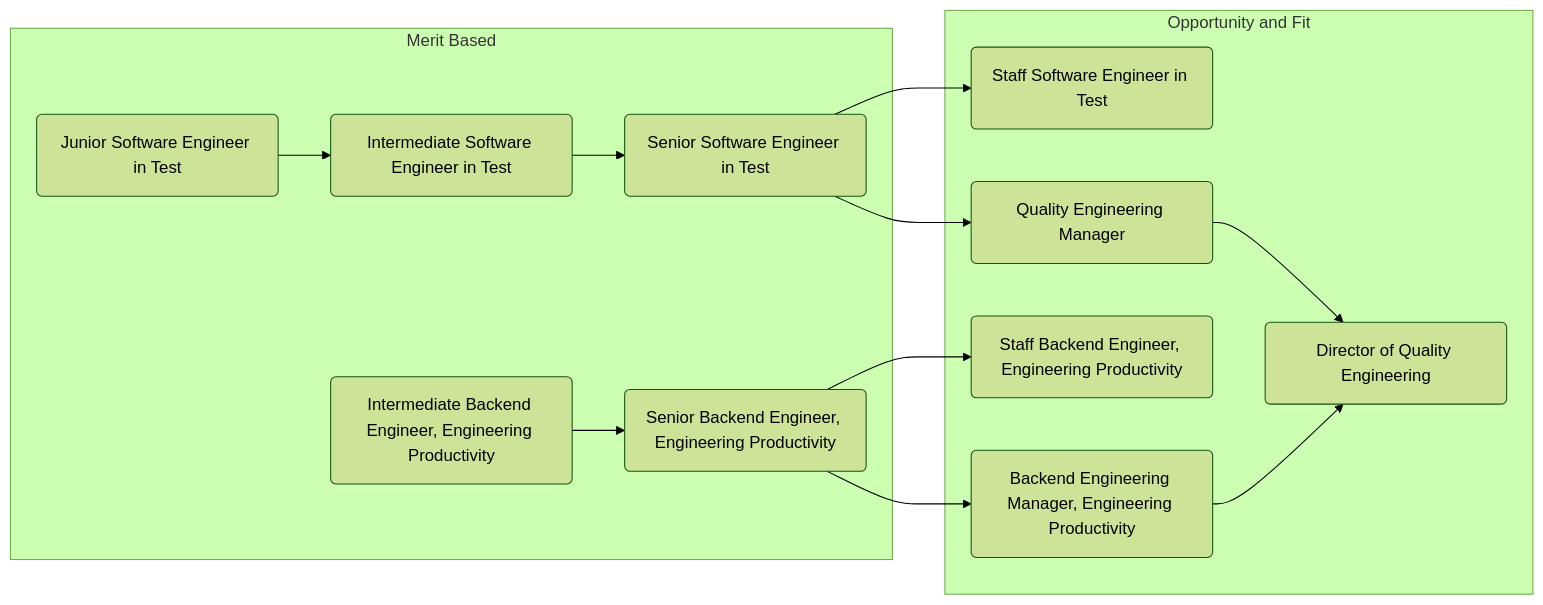
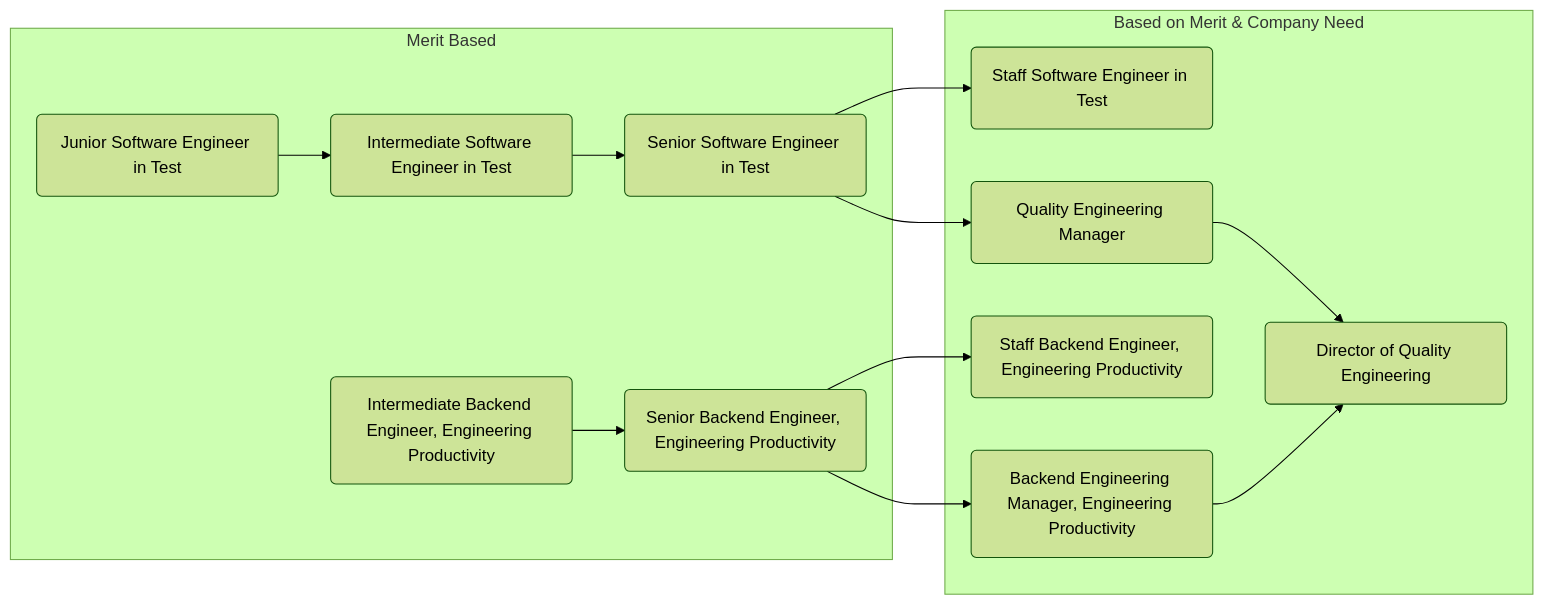
One commit to secretstartups/handbook changed the third of 6 diagrams in career-development/index.html.md. Above: the diagram before and after it, drawn with Mermaid (forest theme). The commit also changed other lines of this file, not shown here.

````diff
--- a/career-development/index.html.md
+++ b/career-development/index.html.md
@@ -200,30 +200,30 @@
 ```mermaid
   graph LR;
   subgraph Merit Based
     qual:jset(Junior Software Engineer in Test)-->qual:iset(Intermediate Software Engineer in Test);
     qual:iset(Intermediate Software Engineer in Test)-->qual:sset(Senior Software Engineer in Test);
-    qual:ibeep(Intermediate Backend Engineer, Engineering Productivity)-->qual:sbeep(Senior Backend Engineer, Engineering Productivity); 
+    qual:ibeep(Intermediate Backend Engineer, Engineering Productivity)-->qual:sbeep(Senior Backend Engineer, Engineering Productivity);
   end
 
-  subgraph Opportunity and Fit
+  subgraph Based on Merit & Company Need
     qual:sset(Senior Software Engineer in Test)-->qual:stset(Staff Software Engineer in Test);
     qual:sset(Senior Software Engineer in Test)-->qual:qem(Quality Engineering Manager);
 
     qual:sbeep(Senior Backend Engineer, Engineering Productivity)-->qual:stbeep(Staff Backend Engineer, Engineering Productivity);
     qual:sbeep(Senior Backend Engineer, Engineering Productivity)-->qual:bemep(Backend Engineering Manager, Engineering Productivity);
 
     qual:bemep(Backend Engineering Manager, Engineering Productivity)-->qual:dqe(Director of Quality Engineering);
     qual:qem(Quality Engineering Manager)-->qual:dqe(Director of Quality Engineering); 
   end
 
   click qual:jset "/job-families/engineering/software-engineer-in-test#junior-software-engineer-in-test";
   click qual:iset "/job-families/engineering/software-engineer-in-test#intermediate-software-engineer-in-test";
   click qual:sset "/job-families/engineering/software-engineer-in-test#senior-software-engineer-in-test";
   click qual:stset "/job-families/engineering/software-engineer-in-test#staff-software-engineer-in-test";
   click qual:ibeep "/job-families/engineering/backend-engineer/#engineering-productivity";
   click qual:sbeep "/job-families/engineering/backend-engineer/#engineering-productivity";
   click qual:stbeep "/job-families/engineering/backend-engineer/#engineering-productivity";
   click qual:bemep "/job-families/engineering/backend-engineer/#backend-manager-engineering";
   click qual:qem "/job-families/engineering/engineering-management-quality/#quality-engineering-manager";
   click qual:dqe "/job-families/engineering/engineering-management-quality/#director-of-quality-engineering";
 ```
````
